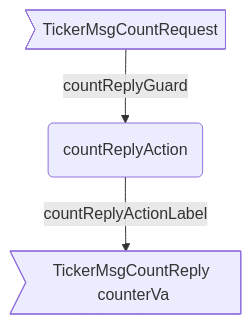
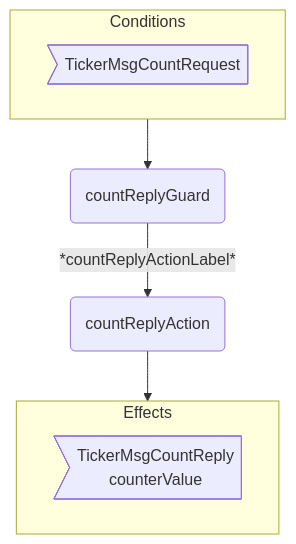
One commit to anoma/nspec changed the second of 2 diagrams in docs/arch/node/engines/ticker_behaviour.juvix.md. Above: the diagram before and after it, drawn with Mermaid. The commit also changed other lines of this file and 7 other files, not shown here.

Commit message:
template fixes: diagrams, nav

````diff
--- a/docs/arch/node/engines/ticker_behaviour.juvix.md
+++ b/docs/arch/node/engines/ticker_behaviour.juvix.md
@@ -406,8 +414,15 @@
 ```mermaid
 flowchart TD
-  CM>TickerMsgCountRequest]
+  subgraph C[Conditions]
+    CMsg>TickerMsgCountRequest]
+  end
+
+  G(countReplyGuard)
   A(countReplyAction)
-  RE>TickerMsgCountReply counterVa]
 
-  CM --countReplyGuard--> A --countReplyActionLabel--> RE
+  C --> G -- *countReplyActionLabel* --> A --> E
+
+  subgraph E[Effects]
+    EMsg>TickerMsgCountReply<br/>counterValue]
+  end
 ```
````
